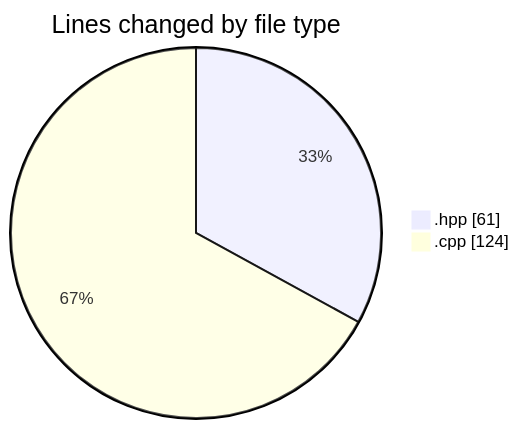
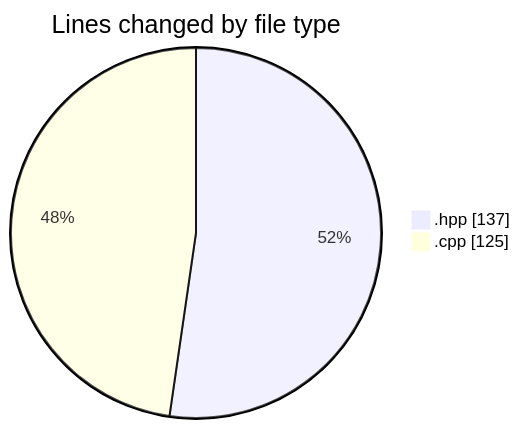
One commit to Netris89/code-tracking changed the first of 2 diagrams in 2025-05-02/date/README.md. Above: the diagram before and after it, drawn with Mermaid. The commit also changed other lines of this file and 1 other file, not shown here.

````diff
--- a/2025-05-02/date/README.md
+++ b/2025-05-02/date/README.md
@@ -22,6 +23,6 @@
 ```mermaid
 pie showData
 title Lines changed by file type
-".hpp" : 61
-".cpp" : 124
+".hpp" : 137
+".cpp" : 125
 ```
````
